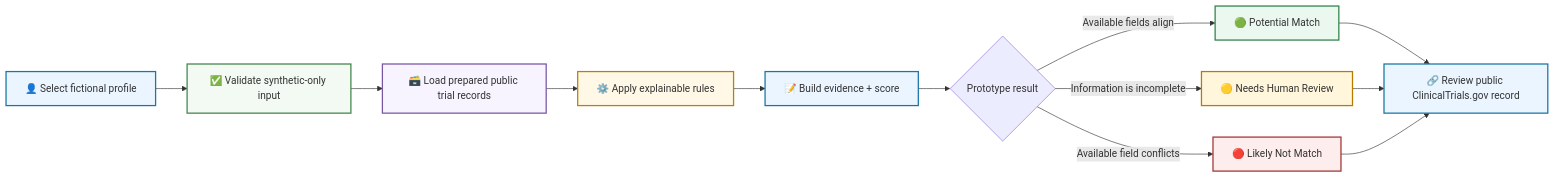
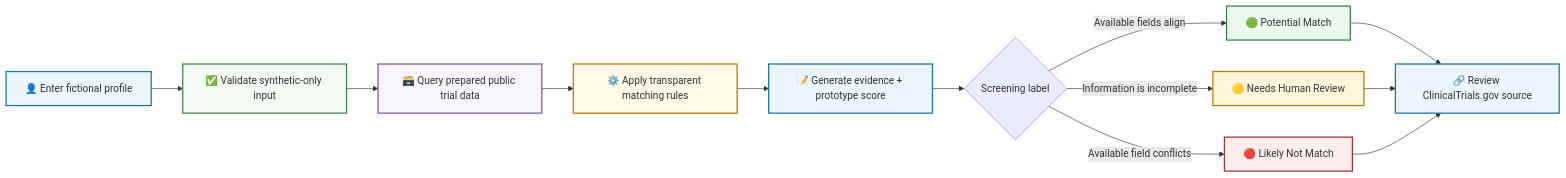
One commit to vivek0717/agentic-clinical-trial-matching changed the first of 3 diagrams in README.md. Above: the diagram before and after it, drawn with Mermaid. The commit also changed other lines of this file, not shown here.

````diff
--- a/README.md
+++ b/README.md
@@ -65,26 +90,26 @@
 ```mermaid
 flowchart LR
-    A["👤 Select fictional profile"] --> B["✅ Validate synthetic-only input"]
-    B --> C["🗃️ Load prepared public trial records"]
-    C --> D["⚙️ Apply explainable rules"]
-    D --> E["📝 Build evidence + score"]
-    E --> F{"Prototype result"}
+    A["👤 Enter fictional profile"] --> B["✅ Validate synthetic-only input"]
+    B --> C["🗃️ Query prepared public trial data"]
+    C --> D["⚙️ Apply transparent matching rules"]
+    D --> E["📝 Generate evidence + prototype score"]
+    E --> F{"Screening label"}
 
     F -->|"Available fields align"| G["🟢 Potential Match"]
     F -->|"Information is incomplete"| H["🟡 Needs Human Review"]
     F -->|"Available field conflicts"| I["🔴 Likely Not Match"]
 
-    G --> J["🔗 Review public ClinicalTrials.gov record"]
+    G --> J["🔗 Review ClinicalTrials.gov source"]
     H --> J
     I --> J
 
     style A fill:#EAF5FF,stroke:#1976A5,stroke-width:2px
     style B fill:#F3F9F3,stroke:#42864B,stroke-width:2px
     style C fill:#F8F4FF,stroke:#7856A3,stroke-width:2px
     style D fill:#FFF8E6,stroke:#B78103,stroke-width:2px
     style E fill:#EAF5FF,stroke:#1976A5,stroke-width:2px
     style G fill:#EAF8EF,stroke:#31824A,stroke-width:2px
     style H fill:#FFF6DC,stroke:#B77B00,stroke-width:2px
     style I fill:#FDEDED,stroke:#A33434,stroke-width:2px
     style J fill:#EAF5FF,stroke:#1976A5,stroke-width:2px
 ```
````
